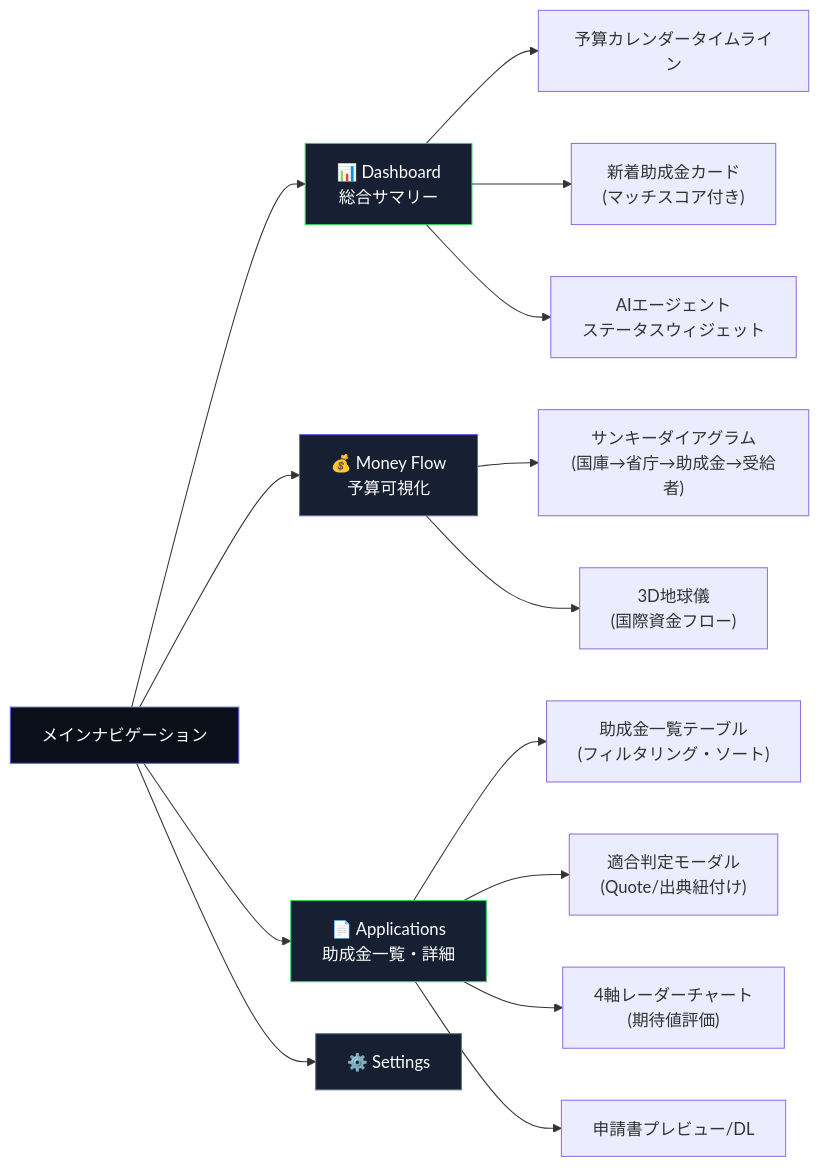
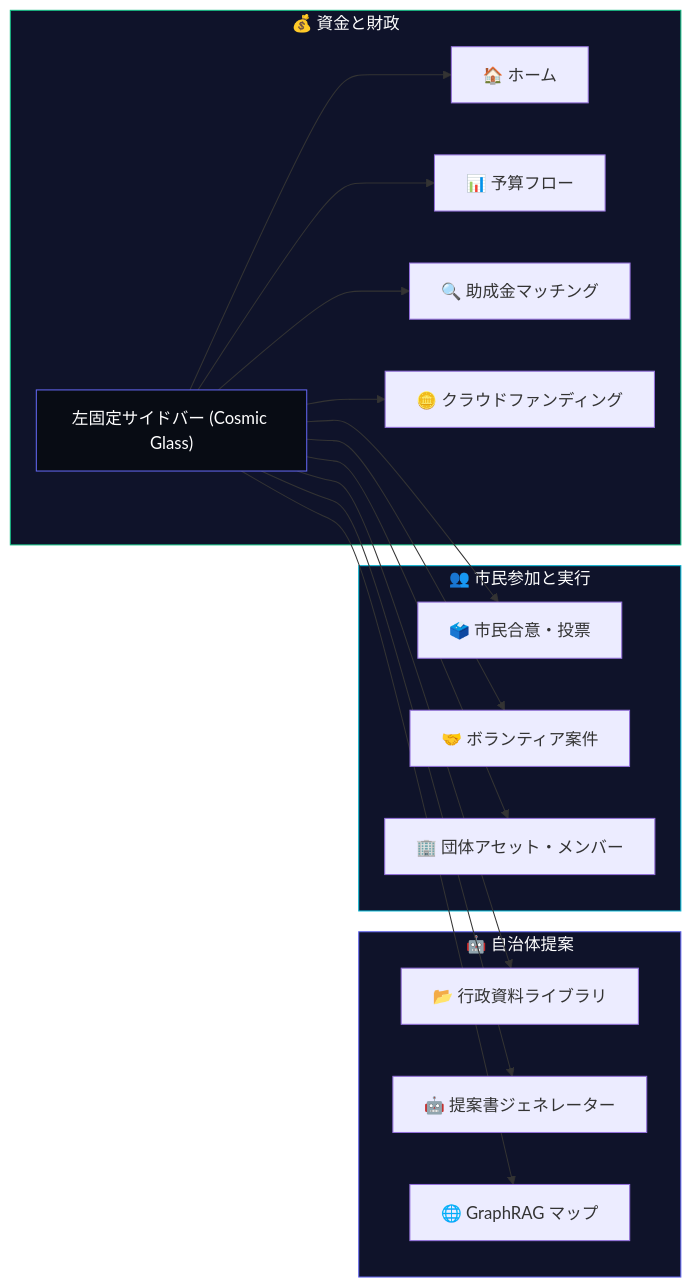
Before and after one commit to t012093/auto-grants-integrated: the third of 3 diagrams in docs/architecture.md, drawn with Mermaid. The commit also changed other lines of this file and 5 other files, not shown here.

````diff
--- a/docs/architecture.md
+++ b/docs/architecture.md
@@ -196,27 +160,28 @@
 ```mermaid
 graph LR
-    NAV["メインナビゲーション"]
+    NAV["左固定サイドバー (Cosmic Glass)"]
 
-    NAV --> DASH["📊 Dashboard<br/>総合サマリー"]
-    NAV --> FLOW["💰 Money Flow<br/>予算可視化"]
-    NAV --> APPS["📄 Applications<br/>助成金一覧・詳細"]
-    NAV --> SETS["⚙️ Settings"]
+    subgraph Section1["💰 資金と財政"]
+        NAV --> SB_DASH["🏠 ホーム"]
+        NAV --> SB_FLOW["📊 予算フロー"]
+        NAV --> SB_APPS["🔍 助成金マッチング"]
+        NAV --> SB_CF["🪙 クラウドファンディング"]
+    end
 
-    DASH --> D1["予算カレンダータイムライン"]
-    DASH --> D2["新着助成金カード<br/>(マッチスコア付き)"]
-    DASH --> D3["AIエージェント<br/>ステータスウィジェット"]
+    subgraph Section2["🤖 自治体提案"]
+        NAV --> SB_DOCS["📂 行政資料ライブラリ"]
+        NAV --> SB_PROP["🤖 提案書ジェネレーター"]
+        NAV --> SB_GRAG["🌐 GraphRAG マップ"]
+    end
 
-    FLOW --> F1["サンキーダイアグラム<br/>(国庫→省庁→助成金→受給者)"]
-    FLOW --> F2["3D地球儀<br/>(国際資金フロー)"]
+    subgraph Section3["👥 市民参加と実行"]
+        NAV --> SB_DELIB["🗳️ 市民合意・投票"]
+        NAV --> SB_PROJ["🤝 ボランティア案件"]
+        NAV --> SB_ORG["🏢 団体アセット・メンバー"]
+    end
 
-    APPS --> A1["助成金一覧テーブル<br/>(フィルタリング・ソート)"]
-    APPS --> A2["適合判定モーダル<br/>(Quote/出典紐付け)"]
-    APPS --> A3["4軸レーダーチャート<br/>(期待値評価)"]
-    APPS --> A4["申請書プレビュー/DL"]
-
-    style NAV fill:#0b0f19,stroke:#5e5ce6,color:#fff
-    style DASH fill:#162032,stroke:#30d158,color:#fff
-    style FLOW fill:#162032,stroke:#5e5ce6,color:#fff
-    style APPS fill:#162032,stroke:#30d158,color:#fff
-    style SETS fill:#162032,stroke:#64748b,color:#fff
+    style NAV fill:#080c14,stroke:#6366f1,color:#fff
+    style Section1 fill:#0f132a,stroke:#10b981,color:#fff
+    style Section2 fill:#0f132a,stroke:#6366f1,color:#fff
+    style Section3 fill:#0f132a,stroke:#06b6d4,color:#fff
 ```
````
